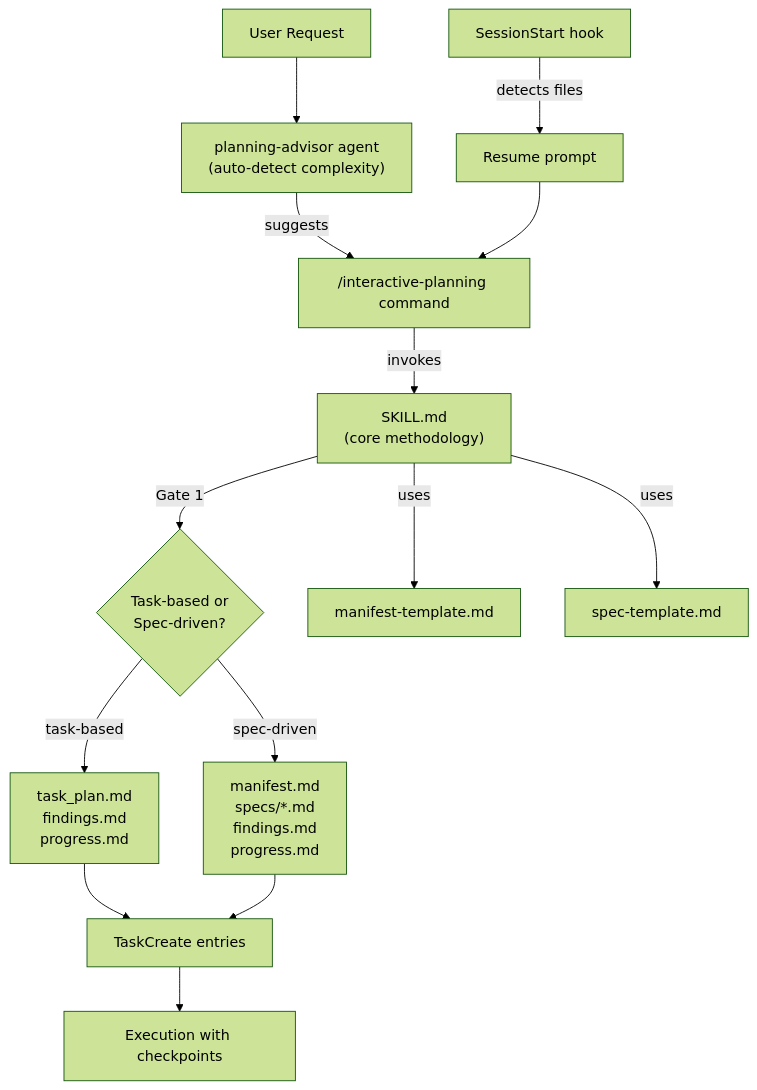
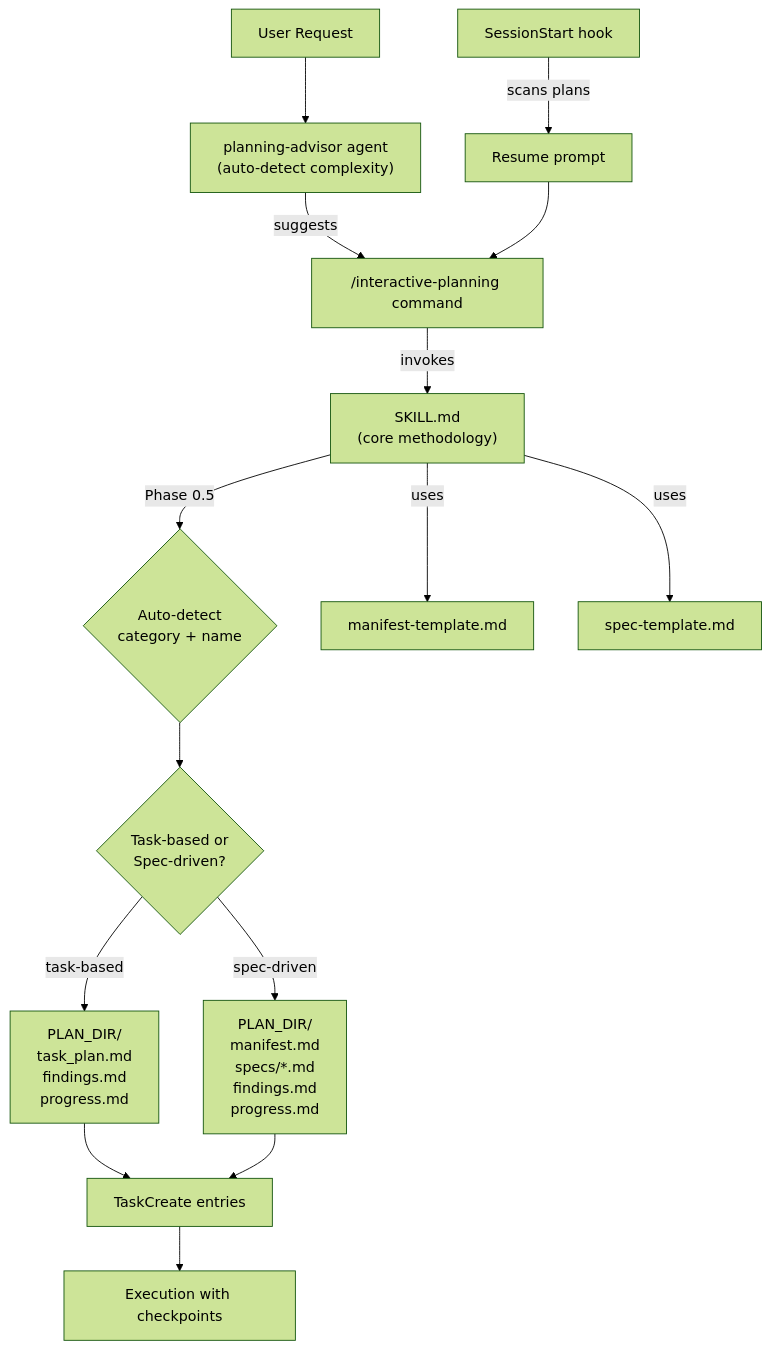
Before and after one commit to shihwesley/interactive-planning: the first of 3 diagrams in docs/CODEBASE_MAP.md, drawn with Mermaid (forest theme). The commit also changed other lines of this file and 9 other files, not shown here.

First line of the commit message:
feat!: categorized plan directories with auto-detection

````diff
--- a/docs/CODEBASE_MAP.md
+++ b/docs/CODEBASE_MAP.md
@@ -15,17 +15,18 @@
 ```mermaid
 graph TD
     User["User Request"] --> Advisor["planning-advisor agent<br/>(auto-detect complexity)"]
     Advisor -->|suggests| Cmd["/interactive-planning command"]
     Cmd -->|invokes| Skill["SKILL.md<br/>(core methodology)"]
-    Skill -->|Gate 1| Mode{"Task-based or<br/>Spec-driven?"}
-    Mode -->|task-based| TaskFiles["task_plan.md<br/>findings.md<br/>progress.md"]
-    Mode -->|spec-driven| SpecFiles["manifest.md<br/>specs/*.md<br/>findings.md<br/>progress.md"]
+    Skill -->|Phase 0.5| AutoDetect{"Auto-detect<br/>category + name"}
+    AutoDetect --> Mode{"Task-based or<br/>Spec-driven?"}
+    Mode -->|task-based| TaskFiles["PLAN_DIR/<br/>task_plan.md<br/>findings.md<br/>progress.md"]
+    Mode -->|spec-driven| SpecFiles["PLAN_DIR/<br/>manifest.md<br/>specs/*.md<br/>findings.md<br/>progress.md"]
     TaskFiles --> Tasks["TaskCreate entries"]
     SpecFiles --> Tasks
     Tasks --> Exec["Execution with checkpoints"]
-    Hook["SessionStart hook"] -->|detects files| Resume["Resume prompt"]
+    Hook["SessionStart hook"] -->|scans plans| Resume["Resume prompt"]
     Resume --> Cmd
 
     Skill -->|uses| ManifestTpl["manifest-template.md"]
     Skill -->|uses| SpecTpl["spec-template.md"]
 ```
````
